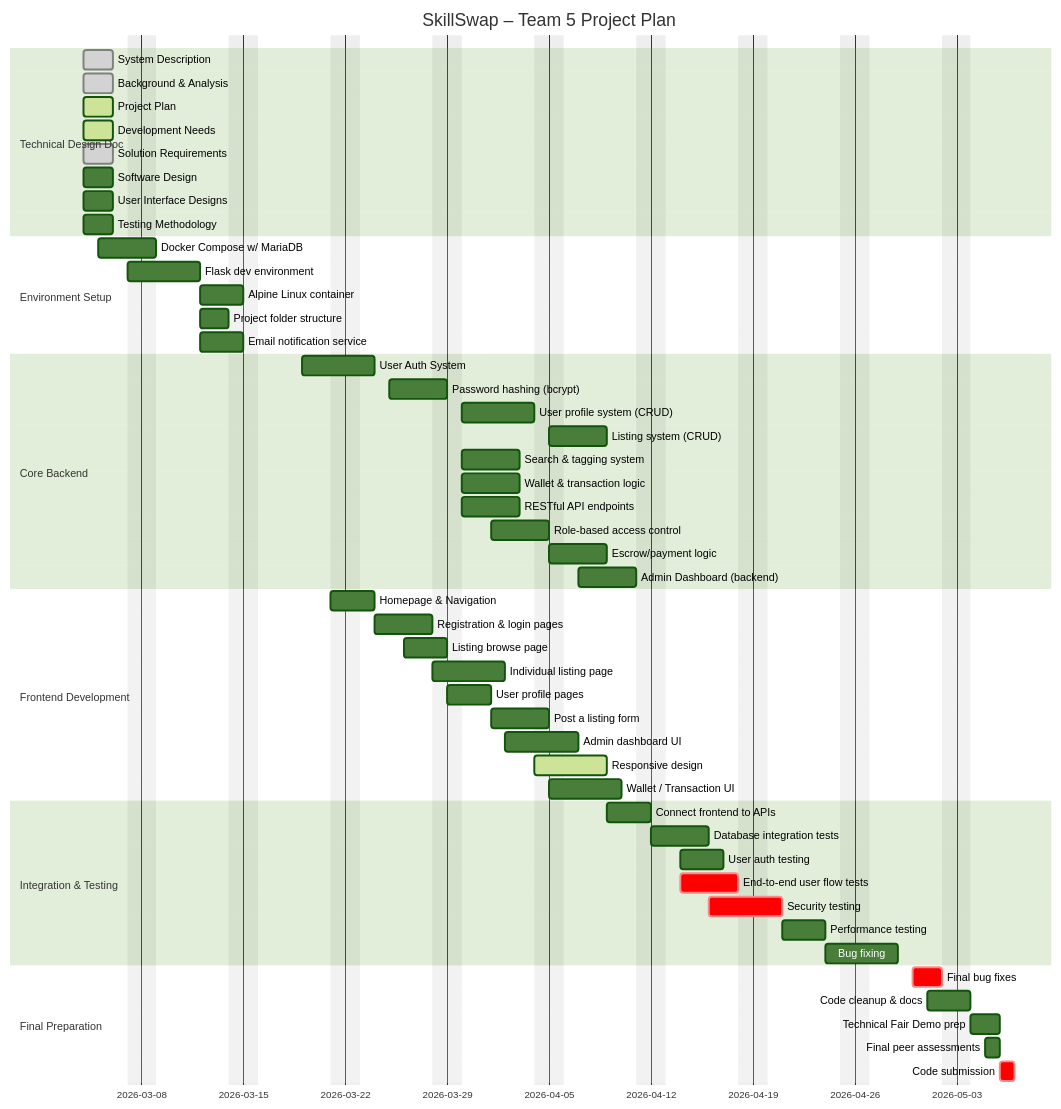
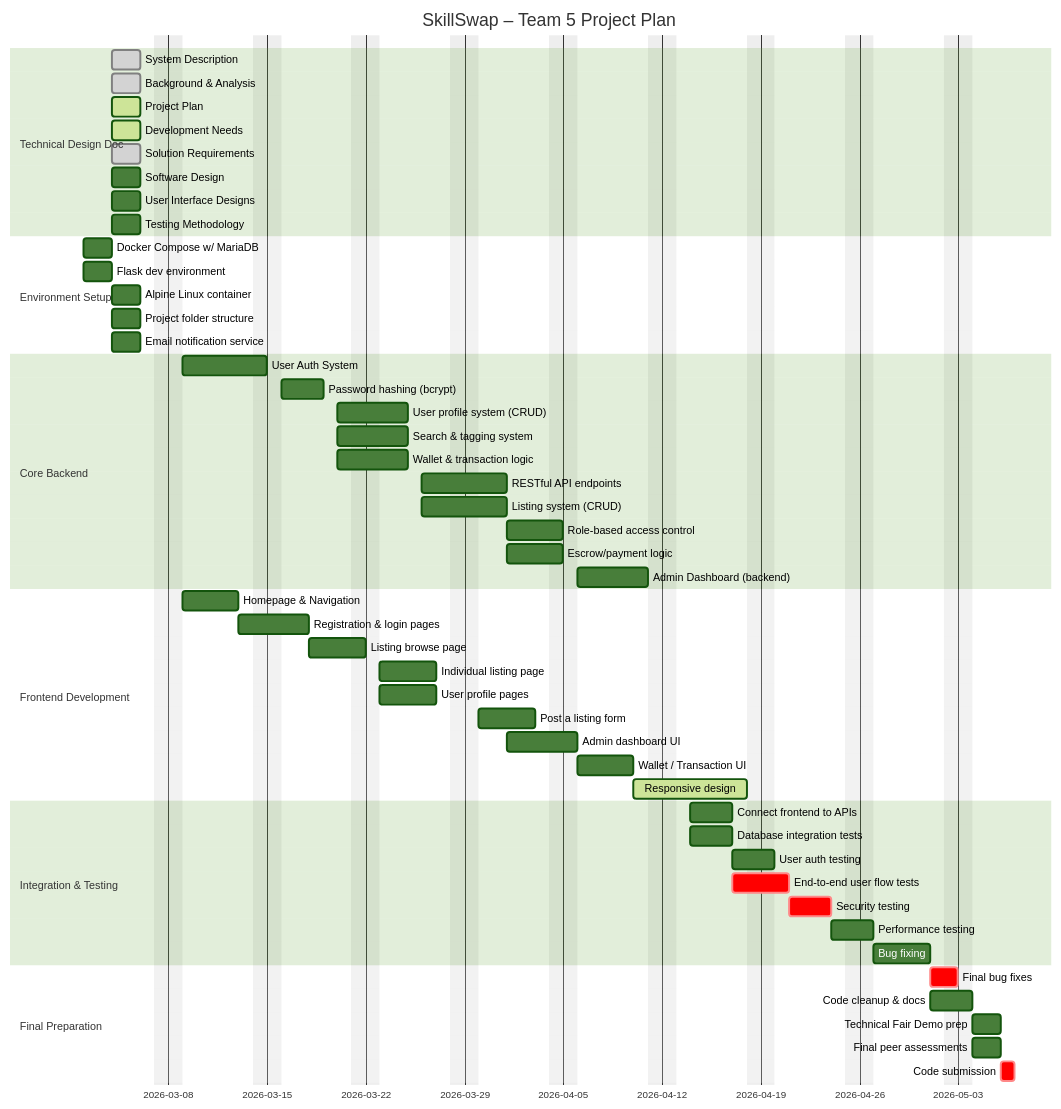
The diagram in gantt.md (amnexya/SkillSwap), drawn with Mermaid (forest theme) before and after one commit.

Commit message:
Update gantt.md
updated dates

````diff
--- a/gantt.md
+++ b/gantt.md
@@ -1,62 +1,62 @@
 ```mermaid
 gantt
     title SkillSwap – Team 5 Project Plan
     dateFormat  YYYY-MM-DD
     excludes    weekends
 
     section Technical Design Doc
     System Description          :done,    td1, 2026-03-04, 2026-03-06
     Background & Analysis       :done,    td2, 2026-03-04, 2026-03-06
     Project Plan                :active,  td3, 2026-03-04, 2026-03-06
     Development Needs           :active,  td4, 2026-03-04, 2026-03-06
     Solution Requirements       :done,    td5, 2026-03-04, 2026-03-06
     Software Design             :         td6, 2026-03-04, 2026-03-06
     User Interface Designs      :         td7, 2026-03-04, 2026-03-06
     Testing Methodology         :         td8, 2026-03-04, 2026-03-06
 
     section Environment Setup
-    Docker Compose w/ MariaDB   :         es1, 2026-03-05, 2026-03-09
-    Flask dev environment       :         es2, 2026-03-07, 2026-03-12
-    Alpine Linux container      :         es3, 2026-03-12, 2026-03-15
-    Project folder structure    :         es4, 2026-03-12, 2026-03-14
-    Email notification service  :         es5, 2026-03-12, 2026-03-15
+    Docker Compose w/ MariaDB   :         es1, 2026-03-02, 2026-03-04
+    Flask dev environment       :         es2, 2026-03-02, 2026-03-04
+    Alpine Linux container      :         es3, 2026-03-04, 2026-03-06
+    Project folder structure    :         es4, 2026-03-04, 2026-03-06
+    Email notification service  :         es5, 2026-03-04, 2026-03-06
 
     section Core Backend
-    User Auth System            :         be1, 2026-03-19, 2026-03-24
-    Password hashing (bcrypt)   :         be2, 2026-03-25, 2026-03-29
-    User profile system (CRUD)  :         be3, 2026-03-30, 2026-04-04
-    Listing system (CRUD)       :         be4, 2026-04-05, 2026-04-09
-    Search & tagging system     :         be5, 2026-03-30, 2026-04-03
-    Wallet & transaction logic  :         be6, 2026-03-30, 2026-04-03
-    RESTful API endpoints       :         be7, 2026-03-30, 2026-04-03
+    User Auth System            :         be1, 2026-03-09, 2026-03-15
+    Password hashing (bcrypt)   :         be2, 2026-03-16, 2026-03-19
+    User profile system (CRUD)  :         be3, 2026-03-20, 2026-03-25
+    Search & tagging system     :         be4, 2026-03-20, 2026-03-25
+    Wallet & transaction logic  :         be5, 2026-03-20, 2026-03-25
+    RESTful API endpoints       :         be6, 2026-03-26, 2026-04-01
+    Listing system (CRUD)       :         be7, 2026-03-26, 2026-04-01
     Role-based access control   :         be8, 2026-04-01, 2026-04-05
-    Escrow/payment logic        :         be9, 2026-04-05, 2026-04-09
-    Admin Dashboard (backend)   :         be10, 2026-04-07, 2026-04-11
+    Escrow/payment logic        :         be9, 2026-04-01, 2026-04-05
+    Admin Dashboard (backend)   :         be10, 2026-04-06, 2026-04-11
 
     section Frontend Development
-    Homepage & Navigation       :         fe1, 2026-03-21, 2026-03-24
-    Registration & login pages  :         fe2, 2026-03-24, 2026-03-28
-    Listing browse page         :         fe3, 2026-03-26, 2026-03-29
-    Individual listing page     :         fe4, 2026-03-28, 2026-04-02
-    User profile pages          :         fe5, 2026-03-29, 2026-04-01
-    Post a listing form         :         fe6, 2026-04-01, 2026-04-05
-    Admin dashboard UI          :         fe7, 2026-04-02, 2026-04-07
-    Responsive design           :active,  fe8, 2026-04-04, 2026-04-09
-    Wallet / Transaction UI     :         fe9, 2026-04-05, 2026-04-10
+   Homepage & Navigation       :         fe1, 2026-03-09, 2026-03-13
+    Registration & login pages  :         fe2, 2026-03-13, 2026-03-18
+    Listing browse page         :         fe3, 2026-03-18, 2026-03-22
+    Individual listing page     :         fe4, 2026-03-23, 2026-03-27
+    User profile pages          :         fe5, 2026-03-23, 2026-03-27
+    Post a listing form         :         fe6, 2026-03-30, 2026-04-03
+    Admin dashboard UI          :         fe7, 2026-04-01, 2026-04-06
+    Wallet / Transaction UI     :         fe8, 2026-04-06, 2026-04-10
+    Responsive design           :active,  fe9, 2026-04-10, 2026-04-18
 
     section Integration & Testing
-    Connect frontend to APIs    :         it1, 2026-04-09, 2026-04-12
-    Database integration tests  :         it2, 2026-04-12, 2026-04-16
-    User auth testing           :         it3, 2026-04-14, 2026-04-17
-    End-to-end user flow tests  :crit,    it4, 2026-04-14, 2026-04-18
-    Security testing            :crit,    it5, 2026-04-16, 2026-04-21
-    Performance testing         :         it6, 2026-04-21, 2026-04-24
-    Bug fixing                  :         it7, 2026-04-24, 2026-04-29
+    Connect frontend to APIs    :         it1, 2026-04-14, 2026-04-17
+    Database integration tests  :         it2, 2026-04-14, 2026-04-17
+    User auth testing           :         it3, 2026-04-17, 2026-04-20
+    End-to-end user flow tests  :crit,    it4, 2026-04-17, 2026-04-21
+    Security testing            :crit,    it5, 2026-04-21, 2026-04-24
+    Performance testing         :         it6, 2026-04-24, 2026-04-27
+    Bug fixing                  :         it7, 2026-04-27, 2026-05-01
 
     section Final Preparation
-    Final bug fixes             :crit,    fp1, 2026-04-30, 2026-05-02
+    Final bug fixes             :crit,    fp1, 2026-05-01, 2026-05-03
     Code cleanup & docs         :         fp2, 2026-05-01, 2026-05-04
     Technical Fair Demo prep    :         fp3, 2026-05-04, 2026-05-06
-    Final peer assessments      :         fp4, 2026-05-05, 2026-05-06
+    Final peer assessments      :         fp4, 2026-05-04, 2026-05-06
     Code submission             :crit,    fp5, 2026-05-06, 2026-05-07
 ```
````
